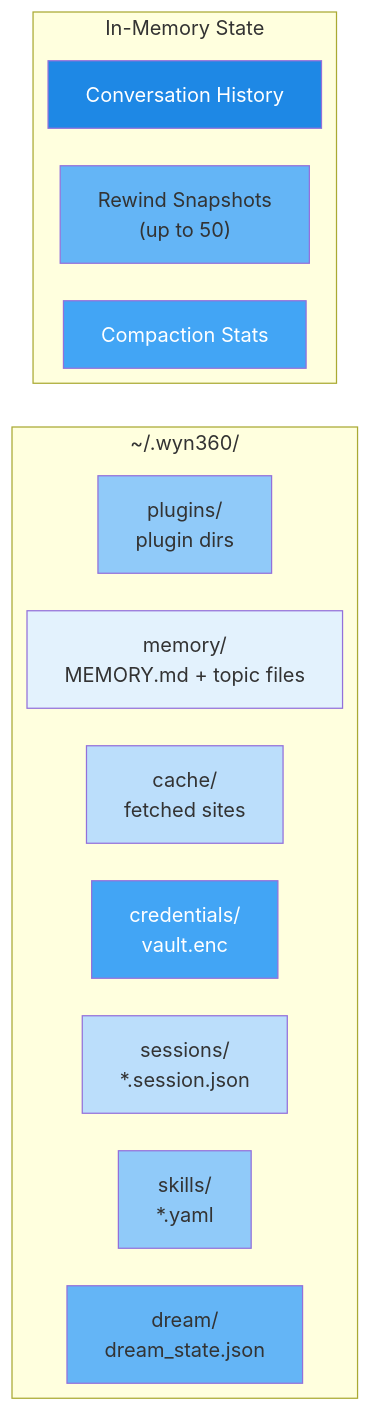
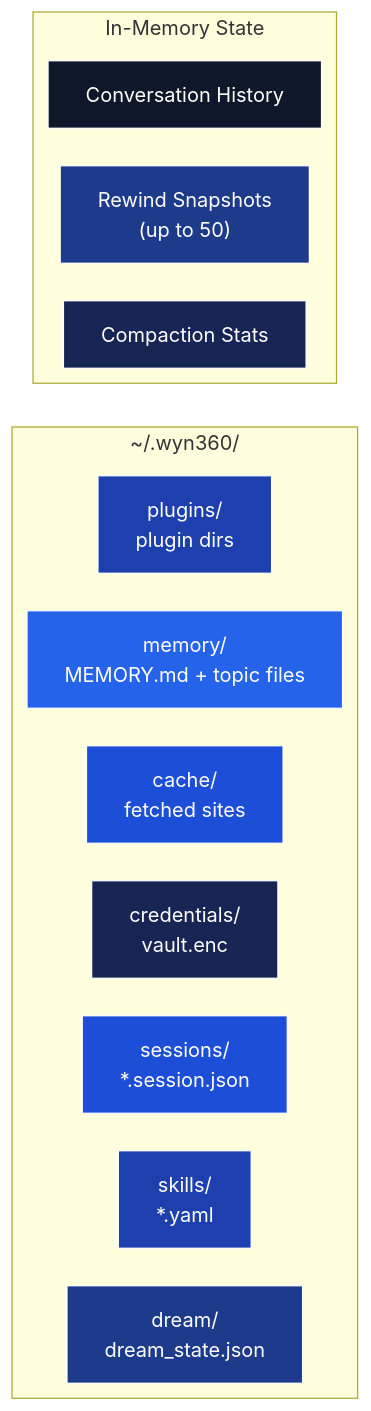
The fourth of 4 diagrams in docusaurus-docs/docs/architecture/system.md (yiqiao-yin/wyn360-cli), drawn with Mermaid before and after one commit. The commit also changed other lines of this file and 3 other files, not shown here.

First line of the commit message:
style: Darken Mermaid theme and add fullscreen toggle on system architecture page

````diff
--- a/docusaurus-docs/docs/architecture/system.md
+++ b/docusaurus-docs/docs/architecture/system.md
@@ -269,33 +269,33 @@
 ```mermaid
 ---
 config:
   layout: elk
 ---
 graph LR
     subgraph "~/.wyn360/"
         Memory["memory/<br/>MEMORY.md + topic files"]
         Sessions["sessions/<br/>*.session.json"]
         Plugins["plugins/<br/>plugin dirs"]
         Skills["skills/<br/>*.yaml"]
         Dream["dream/<br/>dream_state.json"]
         Cache["cache/<br/>fetched sites"]
         Creds["credentials/<br/>vault.enc"]
     end
 
     subgraph "In-Memory State"
         Rewind["Rewind Snapshots<br/>(up to 50)"]
         Compact["Compaction Stats"]
         History["Conversation History"]
     end
 
-    style Memory fill:#e3f2fd
-    style Sessions fill:#bbdefb
-    style Plugins fill:#90caf9
-    style Skills fill:#90caf9
-    style Dream fill:#64b5f6
-    style Cache fill:#bbdefb
-    style Creds fill:#42a5f5,color:#fff
-    style Rewind fill:#64b5f6
-    style Compact fill:#42a5f5,color:#fff
-    style History fill:#1e88e5,color:#fff
+    style Memory fill:#2563eb,color:#fff,stroke:#fff,stroke-width:1px
+    style Sessions fill:#1d4ed8,color:#fff,stroke:#fff,stroke-width:1px
+    style Plugins fill:#1e40af,color:#fff,stroke:#fff,stroke-width:1px
+    style Skills fill:#1e40af,color:#fff,stroke:#fff,stroke-width:1px
+    style Dream fill:#1e3a8a,color:#fff,stroke:#fff,stroke-width:1px
+    style Cache fill:#1d4ed8,color:#fff,stroke:#fff,stroke-width:1px
+    style Creds fill:#172554,color:#fff,stroke:#fff,stroke-width:1px
+    style Rewind fill:#1e3a8a,color:#fff,stroke:#fff,stroke-width:1px
+    style Compact fill:#172554,color:#fff,stroke:#fff,stroke-width:1px
+    style History fill:#0f172a,color:#fff,stroke:#fff,stroke-width:1px
 ```
````
